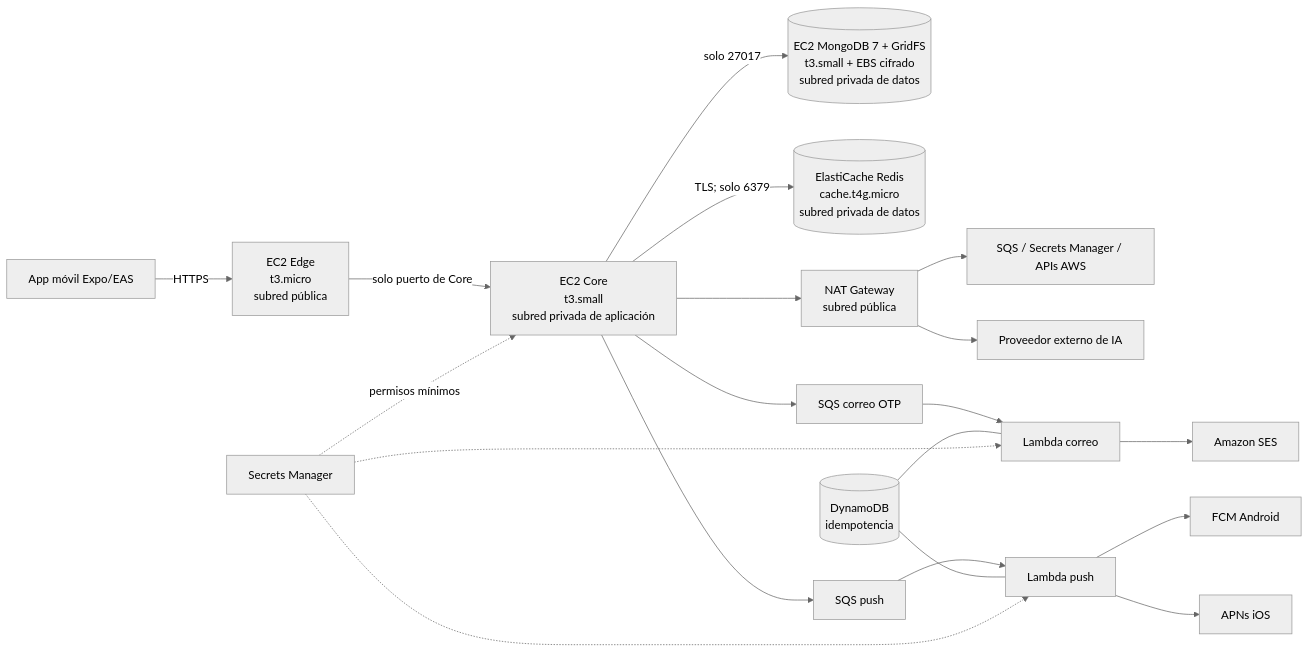
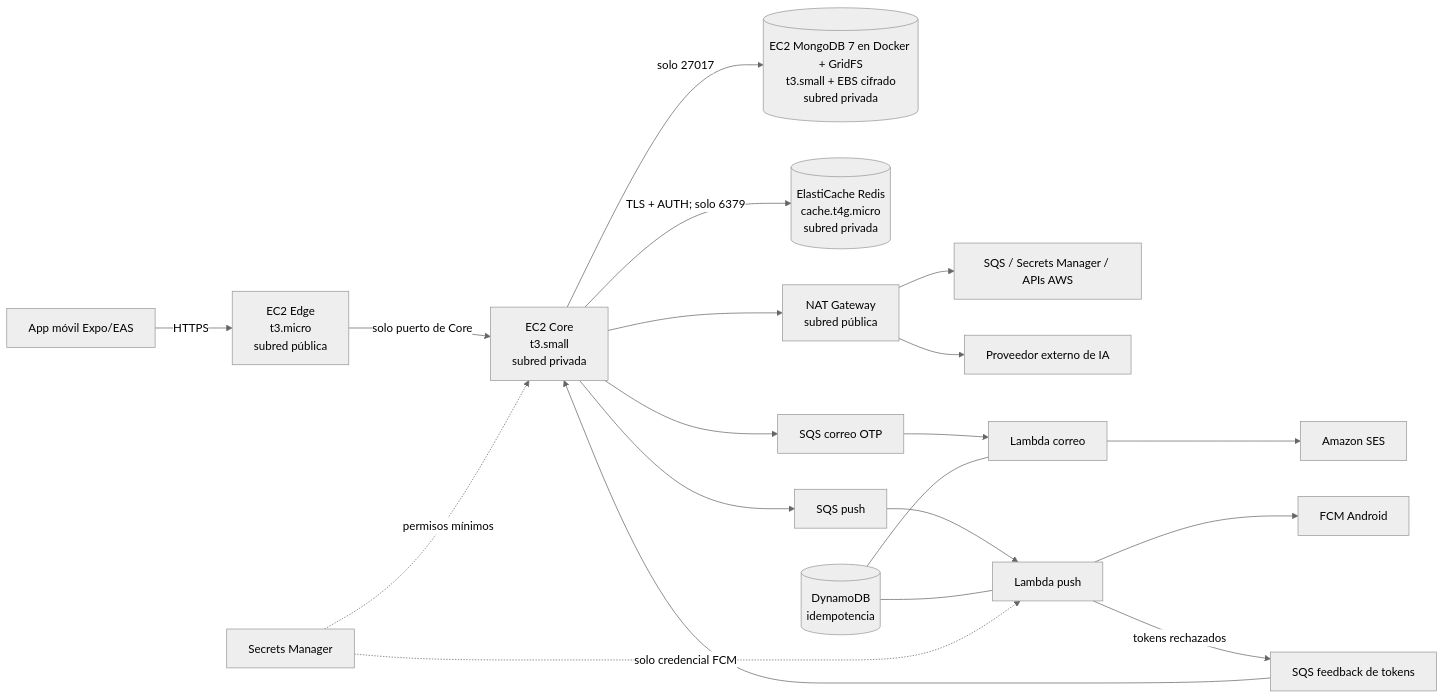
One commit to azperez-salinas/pokebo changed the diagram in AWS_MIGRATION_AGENT.md. Above: the diagram before and after it, drawn with Mermaid (neutral theme). The commit also changed other lines of this file and 44 other files, not shown here.

````diff
--- a/AWS_MIGRATION_AGENT.md
+++ b/AWS_MIGRATION_AGENT.md
@@ -49,28 +61,28 @@
 ```mermaid
 flowchart LR
     Mobile[App móvil Expo/EAS] -->|HTTPS| Edge[EC2 Edge\nt3.micro\nsubred pública]
-    Edge -->|solo puerto de Core| Core[EC2 Core\nt3.small\nsubred privada de aplicación]
+    Edge -->|solo puerto de Core| Core[EC2 Core\nt3.small\nsubred privada]
 
-    Core -->|solo 27017| Mongo[(EC2 MongoDB 7 + GridFS\nt3.small + EBS cifrado\nsubred privada de datos)]
-    Core -->|TLS; solo 6379| Redis[(ElastiCache Redis\ncache.t4g.micro\nsubred privada de datos)]
+    Core -->|solo 27017| Mongo[(EC2 MongoDB 7 en Docker + GridFS\nt3.small + EBS cifrado\nsubred privada)]
+    Core -->|TLS + AUTH; solo 6379| Redis[(ElastiCache Redis\ncache.t4g.micro\nsubred privada)]
 
     Core --> NAT[NAT Gateway\nsubred pública]
     NAT --> AWSApis[SQS / Secrets Manager / APIs AWS]
     NAT --> AIProvider[Proveedor externo de IA]
 
     Core --> EmailQ[SQS correo OTP]
     EmailQ --> EmailLambda[Lambda correo]
     EmailLambda --> SES[Amazon SES]
 
     Core --> PushQ[SQS push]
     PushQ --> PushLambda[Lambda push]
     PushLambda --> FCM[FCM Android]
-    PushLambda --> APNS[APNs iOS]
+    PushLambda -->|tokens rechazados| FeedbackQ[SQS feedback de tokens]
+    FeedbackQ --> Core
 
     Idempotency[(DynamoDB\nidempotencia)] --- EmailLambda
     Idempotency --- PushLambda
 
     Secrets[Secrets Manager] -. permisos mínimos .-> Core
-    Secrets -.-> EmailLambda
-    Secrets -.-> PushLambda
+    Secrets -.->|solo credencial FCM| PushLambda
 ```
````
